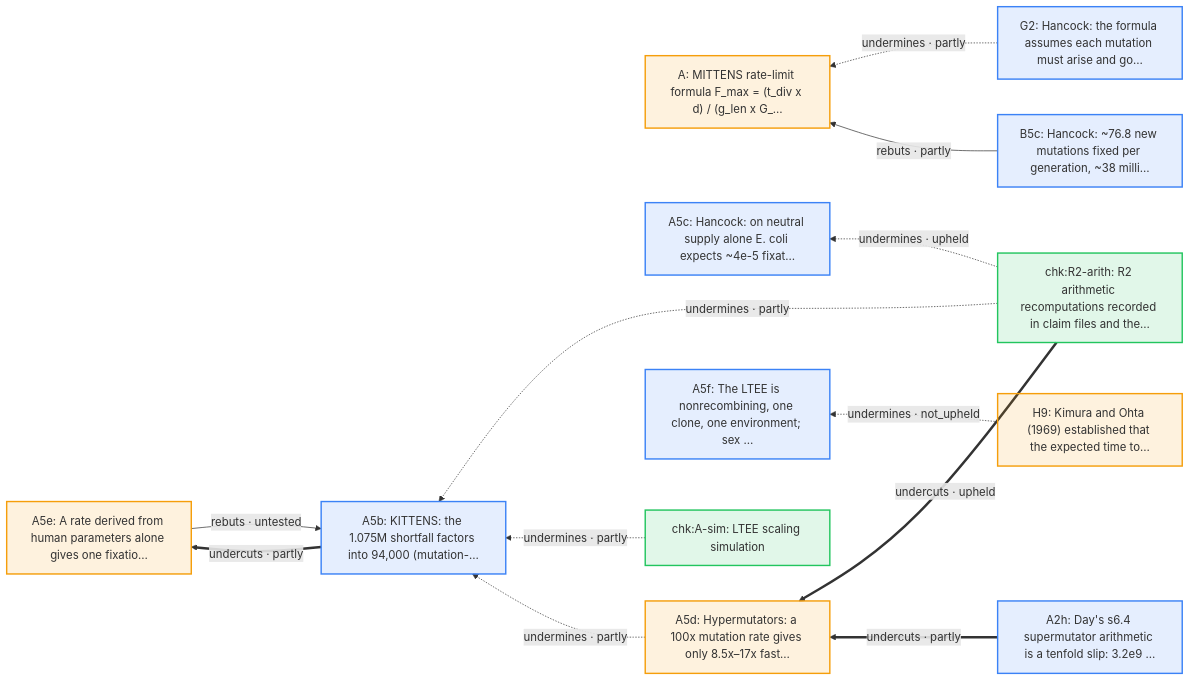
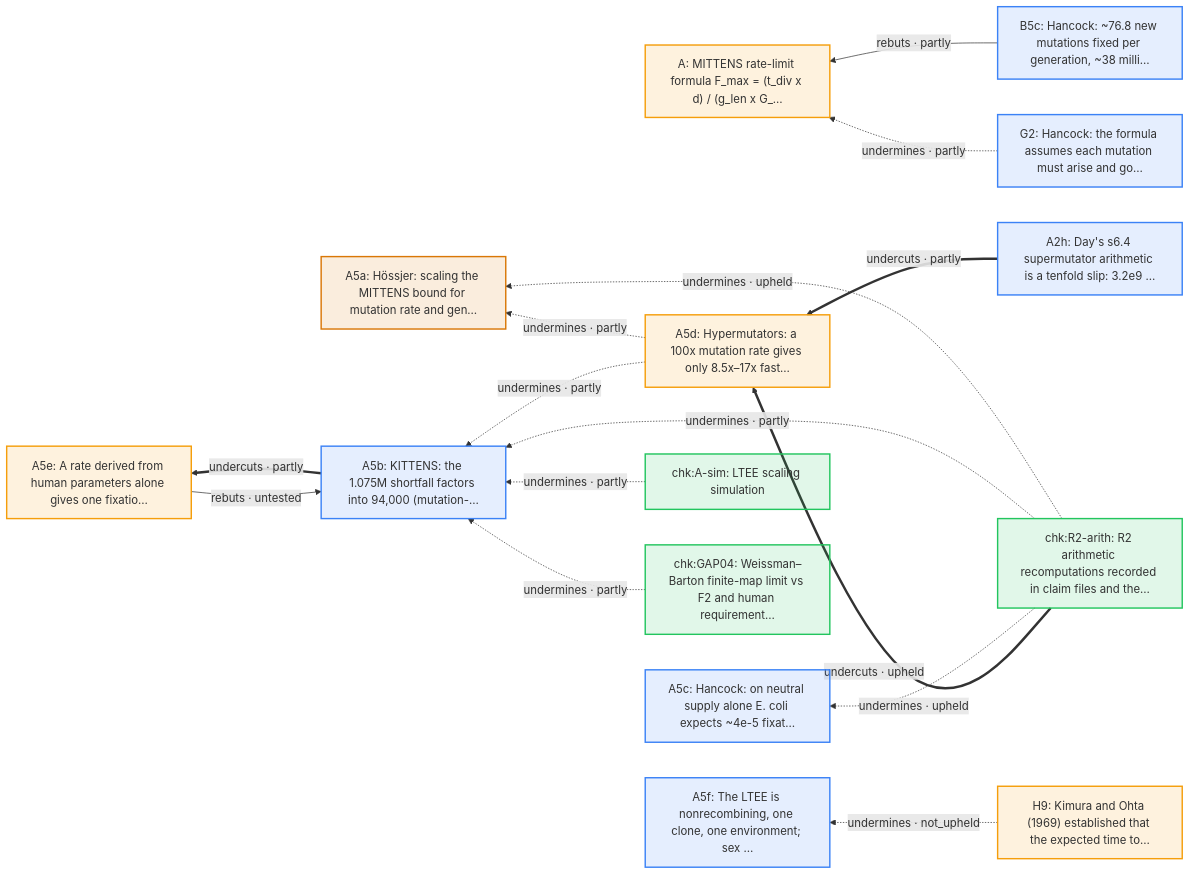
One commit to nickallevato/evo-sim changed the second of 15 diagrams in docs/arguments/defeaters.md. Above: the diagram before and after it, drawn with Mermaid. The commit also changed other lines of this file and 37 other files, not shown here.

First line of the commit message:
R4 GAP-04/07/02: finite-map cap, indel/SV event counts, sweep window (review #6)

````diff
--- a/docs/arguments/defeaters.md
+++ b/docs/arguments/defeaters.md
@@ -83,31 +85,36 @@
 ```mermaid
 flowchart RL
   classDef day fill:#f59e0b22,stroke:#f59e0b,stroke-width:2px
   classDef ally fill:#d9770622,stroke:#d97706,stroke-width:2px
   classDef critic fill:#3b82f622,stroke:#3b82f6,stroke-width:2px
   classDef literature fill:#a3a3a322,stroke:#a3a3a3,stroke-width:2px
   classDef audit fill:#22c55e22,stroke:#22c55e,stroke-width:2px
   A["A: MITTENS rate-limit formula F_max = (t_div x d) / (g_len x G_…"]:::day
   A2h["A2h: Day's s6.4 supermutator arithmetic is a tenfold slip: 3.2e9 …"]:::critic
+  A5a["A5a: Hössjer: scaling the MITTENS bound for mutation rate and gen…"]:::ally
   A5b["A5b: KITTENS: the 1.075M shortfall factors into 94,000 (mutation-…"]:::critic
   A5c["A5c: Hancock: on neutral supply alone E. coli expects ~4e-5 fixat…"]:::critic
   A5d["A5d: Hypermutators: a 100x mutation rate gives only 8.5x–17x fast…"]:::day
   A5e["A5e: A rate derived from human parameters alone gives one fixatio…"]:::day
   A5f["A5f: The LTEE is nonrecombining, one clone, one environment; sex …"]:::critic
   B5c["B5c: Hancock: ~76.8 new mutations fixed per generation, ~38 milli…"]:::critic
   G2["G2: Hancock: the formula assumes each mutation must arise and go…"]:::critic
   H9["H9: Kimura and Ohta (1969) established that the expected time to…"]:::day
   chk_A_sim["chk:A-sim: LTEE scaling simulation"]:::audit
+  chk_GAP04["chk:GAP04: Weissman–Barton finite-map limit vs F2 and human requirement…"]:::audit
   chk_R2_arith["chk:R2-arith: R2 arithmetic recomputations recorded in claim files and the…"]:::audit
+  A5d -.->|"undermines · partly"| A5a
+  chk_R2_arith -.->|"undermines · upheld"| A5a
   A5d -.->|"undermines · partly"| A5b
   A5e -->|"rebuts · untested"| A5b
   chk_A_sim -.->|"undermines · partly"| A5b
   chk_R2_arith -.->|"undermines · partly"| A5b
+  chk_GAP04 -.->|"undermines · partly"| A5b
   chk_R2_arith -.->|"undermines · upheld"| A5c
   A2h ==>|"undercuts · partly"| A5d
   chk_R2_arith ==>|"undercuts · upheld"| A5d
   A5b ==>|"undercuts · partly"| A5e
   H9 -.->|"undermines · not_upheld"| A5f
   B5c -->|"rebuts · partly"| A
   G2 -.->|"undermines · partly"| A
 ```
````
